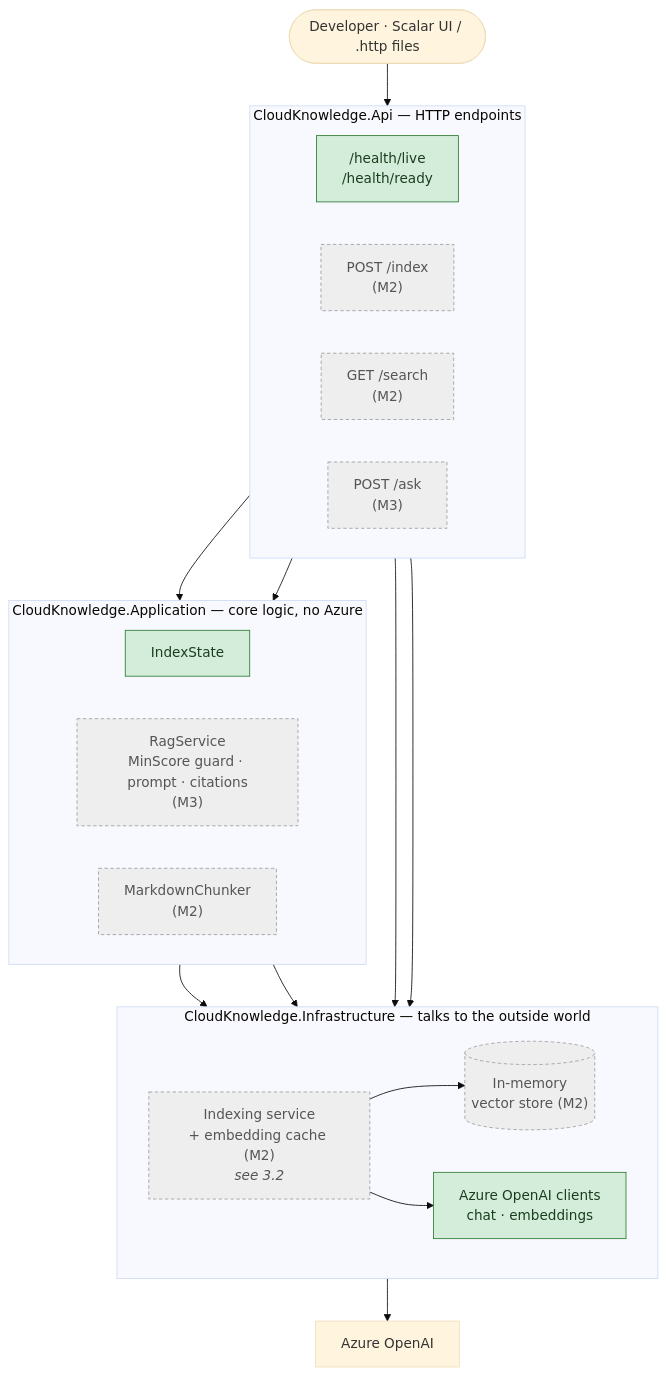
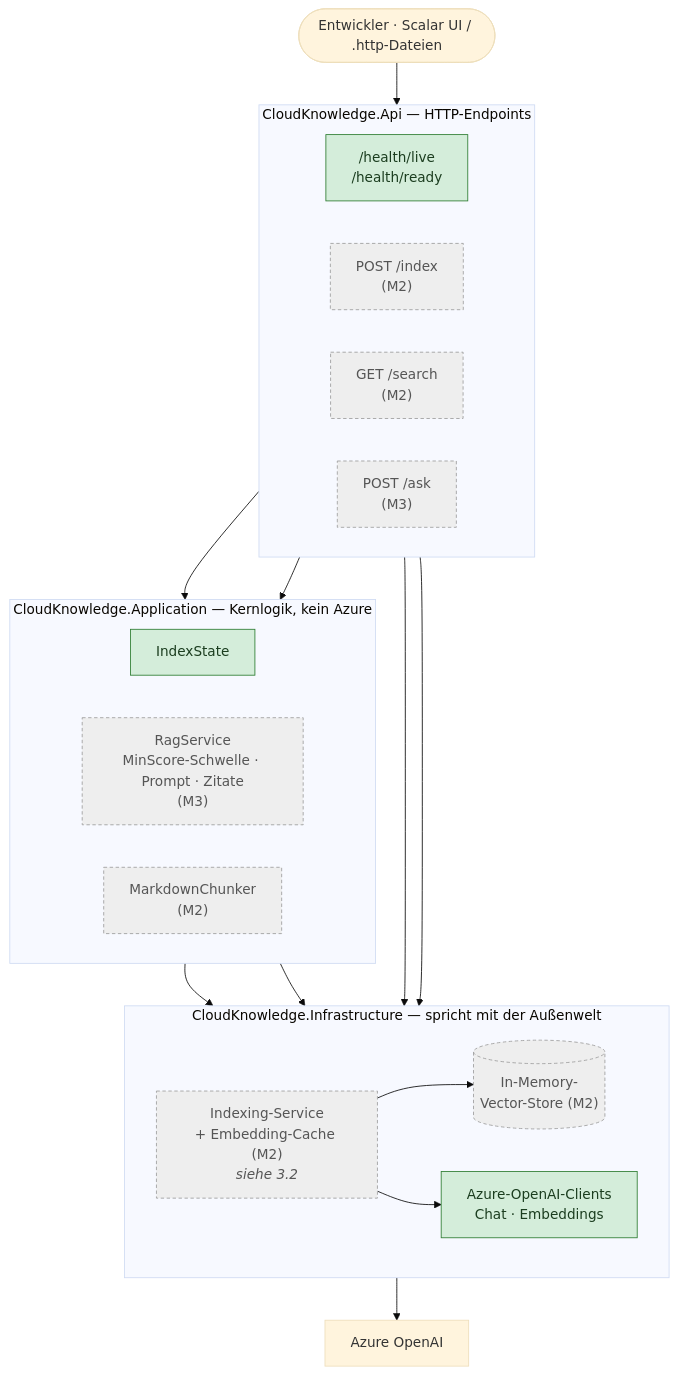
Before and after one commit to MyOnlineRepo/RAG-API: the seventh of 9 diagrams in README.md, drawn with Mermaid (base theme). The commit also changed other lines of this file, not shown here.

````diff
--- a/README.md
+++ b/README.md
@@ -205,44 +206,44 @@
 ```mermaid
 flowchart TB
-    User(["Developer · Scalar UI / .http files"])
+    User(["Entwickler · Scalar UI / .http-Dateien"])
 
-    subgraph api["CloudKnowledge.Api — HTTP endpoints"]
+    subgraph api["CloudKnowledge.Api — HTTP-Endpoints"]
         direction LR
         Health["/health/live<br/>/health/ready"]
         Index["POST /index<br/>(M2)"]
         Search["GET /search<br/>(M2)"]
         Ask["POST /ask<br/>(M3)"]
     end
 
-    subgraph app["CloudKnowledge.Application — core logic, no Azure"]
+    subgraph app["CloudKnowledge.Application — Kernlogik, kein Azure"]
         direction LR
         State["IndexState"]
-        Rag["RagService<br/>MinScore guard · prompt · citations<br/>(M3)"]
+        Rag["RagService<br/>MinScore-Schwelle · Prompt · Zitate<br/>(M3)"]
         Chunker["MarkdownChunker<br/>(M2)"]
     end
 
-    subgraph infra["CloudKnowledge.Infrastructure — talks to the outside world"]
+    subgraph infra["CloudKnowledge.Infrastructure — spricht mit der Außenwelt"]
         direction LR
-        Store[("In-memory<br/>vector store (M2)")]
-        Clients["Azure OpenAI clients<br/>chat · embeddings"]
-        Indexer["Indexing service<br/>+ embedding cache (M2)<br/><i>see 3.2</i>"]
+        Store[("In-Memory-<br/>Vector-Store (M2)")]
+        Clients["Azure-OpenAI-Clients<br/>Chat · Embeddings"]
+        Indexer["Indexing-Service<br/>+ Embedding-Cache (M2)<br/><i>siehe 3.2</i>"]
     end
 
     AOAI["Azure OpenAI"]
 
     User --> api
     Health --> State
     Ask --> Rag
     Search --> Store
     Index --> Indexer
     Indexer --> Store
     Indexer --> Clients
     Rag --> Store
     Rag --> Clients
     Clients --> AOAI
 
     classDef built fill:#d4edda,stroke:#2e7d32,color:#1b3d1f
     classDef planned fill:#eeeeee,stroke:#9e9e9e,color:#555555,stroke-dasharray: 4 3
     class Health,State,Clients built
     class Search,Ask,Index,Chunker,Rag,Indexer,Store planned
 ```
````
